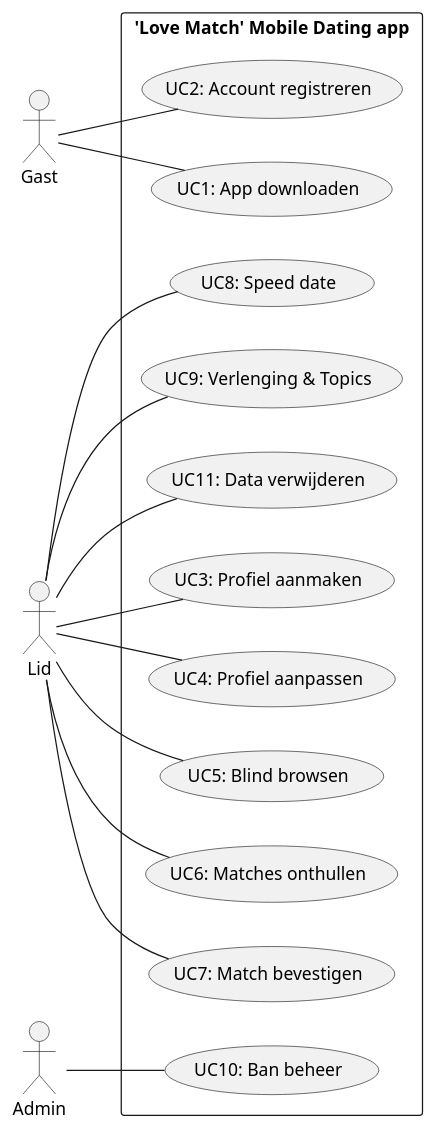
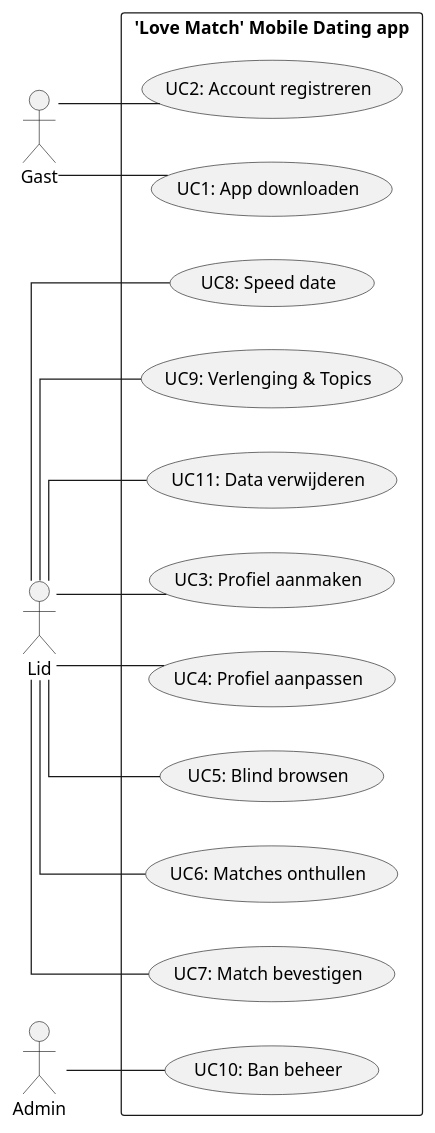
The diagram in UsecaseDiagram.puml (Samboterham91/LoveMatch), drawn with PlantUML before and after one commit. The commit also changed 1 other file, not shown here.

Commit message:
PlantUML
Rechte lijnen

```diff
--- a/UsecaseDiagram.puml
+++ b/UsecaseDiagram.puml
@@ -1,30 +1,31 @@
 @startuml
+skinparam Linetype Ortho
 left to right direction
 actor Gast as g
 actor Lid as l
 actor Admin as a
 rectangle "'Love Match' Mobile Dating app" {
     usecase uc1 as "UC1: App downloaden"
     usecase uc2 as "UC2: Account registreren"
     usecase uc3 as "UC3: Profiel aanmaken"
     usecase uc4 as "UC4: Profiel aanpassen"
     usecase uc5 as "UC5: Blind browsen"
     usecase uc6 as "UC6: Matches onthullen"
     usecase uc7 as "UC7: Match bevestigen"
     usecase uc8 as "UC8: Speed date"
     usecase uc9 as "UC9: Verlenging & Topics"
     usecase uc10 as "UC10: Ban beheer"
     usecase uc11 as "UC11: Data verwijderen"
     }
  g -- uc1
  g -- uc2
  l -- uc3
  l -- uc4
  l -- uc5
  l -- uc6
  l -- uc7
  l -- uc8
  l -- uc9
  a -- uc10
  l -- uc11
 @enduml
```
